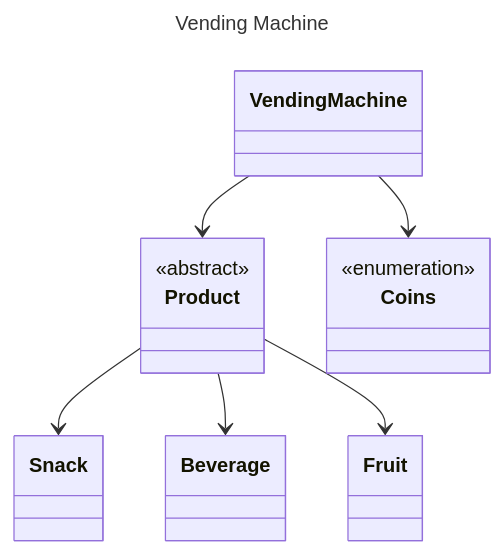
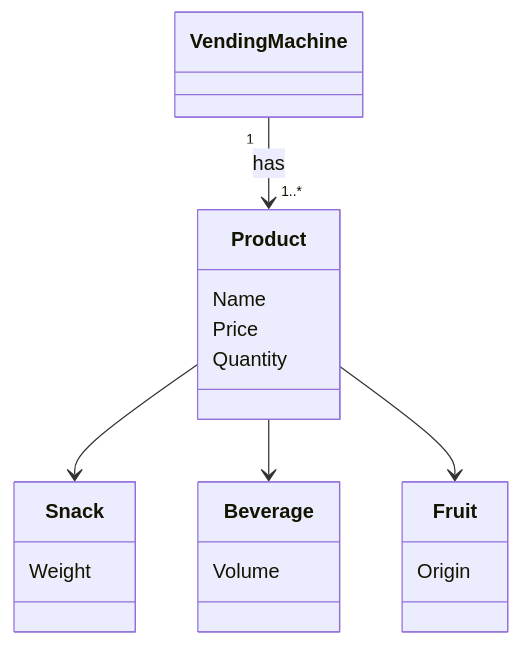
Before and after one commit to dan-lundberg-git/lexicon-repetition-1: the diagram in Domain Model/Vending-Machine.md, drawn with Mermaid. The commit also changed other lines of this file and 3 other files, not shown here.

Commit message:
Update Domain Model and add skeleton for Class Diagram.

````diff
--- a/Domain Model/Vending-Machine.md
+++ b/Domain Model/Vending-Machine.md
@@ -30,27 +30,25 @@
 ```mermaid
----
-title: Vending Machine
----
 classDiagram
     direction TB
     class VendingMachine {
     }
     class Product {
-        <<abstract>>
+        Name
+        Price
+        Quantity
     }
     class Snack {
+        Weight
     }
     class Beverage {
+        Volume
     }
     class Fruit {
-    }
-    class Coins {
-        <<enumeration>>
+        Origin
     }
 
-    VendingMachine --> Product
-    VendingMachine --> Coins
+    VendingMachine "1" --> "1..*" Product: has
     Product --> Snack
     Product --> Beverage
     Product --> Fruit
 ```
````
